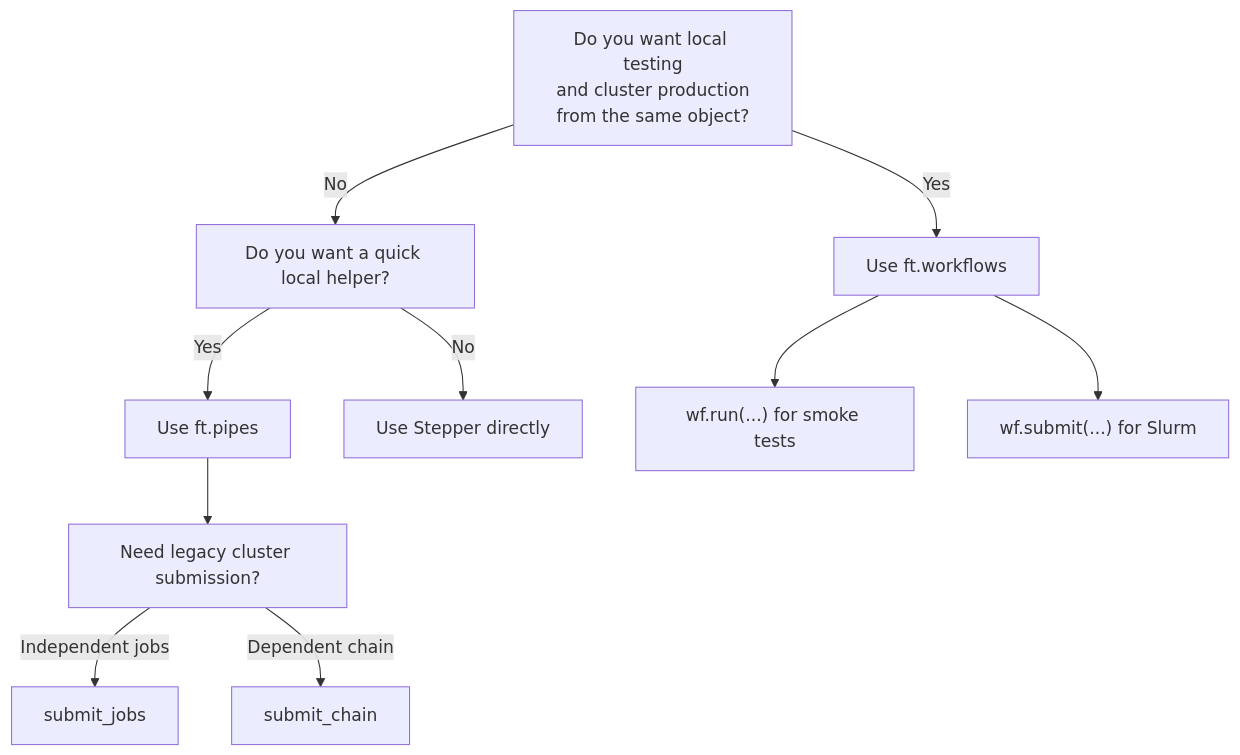
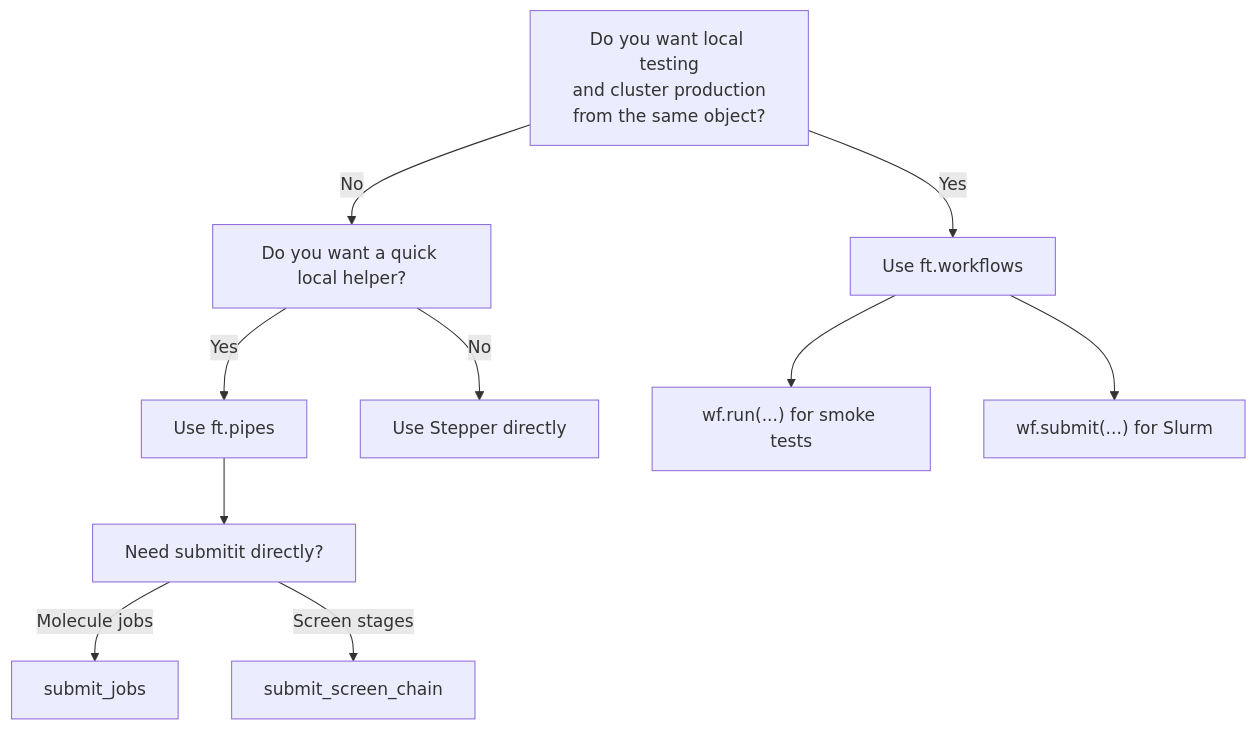
Before and after one commit to MolinDiscovery/FRUST: the second of 2 diagrams in docs/workflows/overview.md, drawn with Mermaid. The commit also changed other lines of this file and 71 other files, not shown here.

````diff
--- a/docs/workflows/overview.md
+++ b/docs/workflows/overview.md
@@ -412,12 +403,12 @@
 ```mermaid
 flowchart TD
     A["Do you want local testing<br/>and cluster production<br/>from the same object?"] -->|Yes| B["Use ft.workflows"]
     A -->|No| C["Do you want a quick local helper?"]
     C -->|Yes| D["Use ft.pipes"]
     C -->|No| E["Use Stepper directly"]
     B --> F["wf.run(...) for smoke tests"]
     B --> G["wf.submit(...) for Slurm"]
-    D --> H["Need legacy cluster submission?"]
-    H -->|Independent jobs| I["submit_jobs"]
-    H -->|Dependent chain| J["submit_chain"]
+    D --> H["Need submitit directly?"]
+    H -->|Molecule jobs| I["submit_jobs"]
+    H -->|Screen stages| J["submit_screen_chain"]
 ```
````
